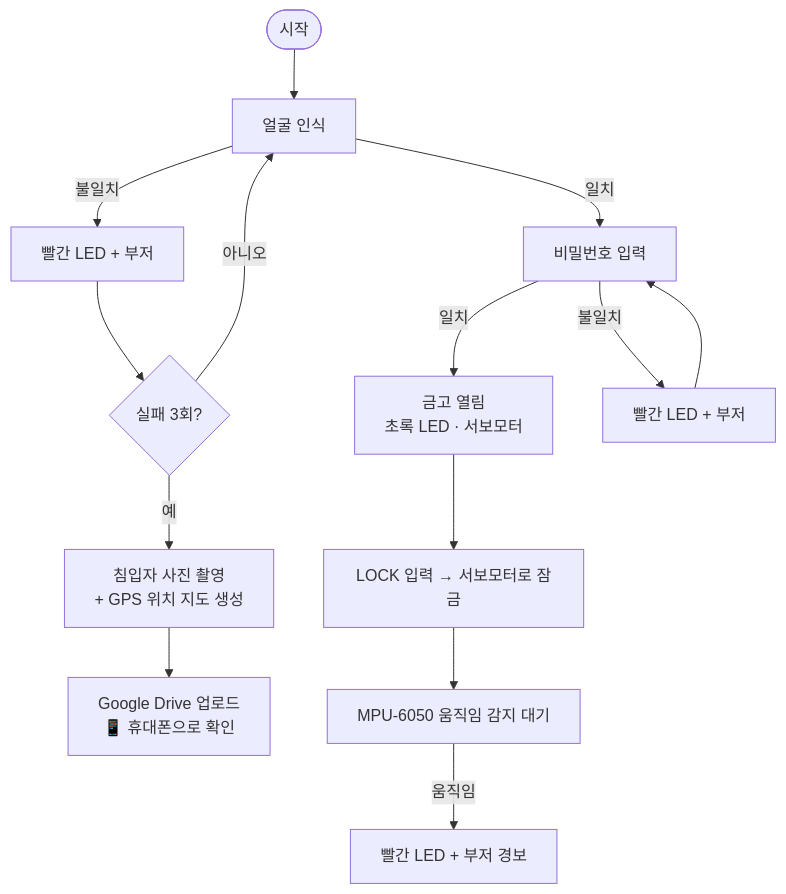
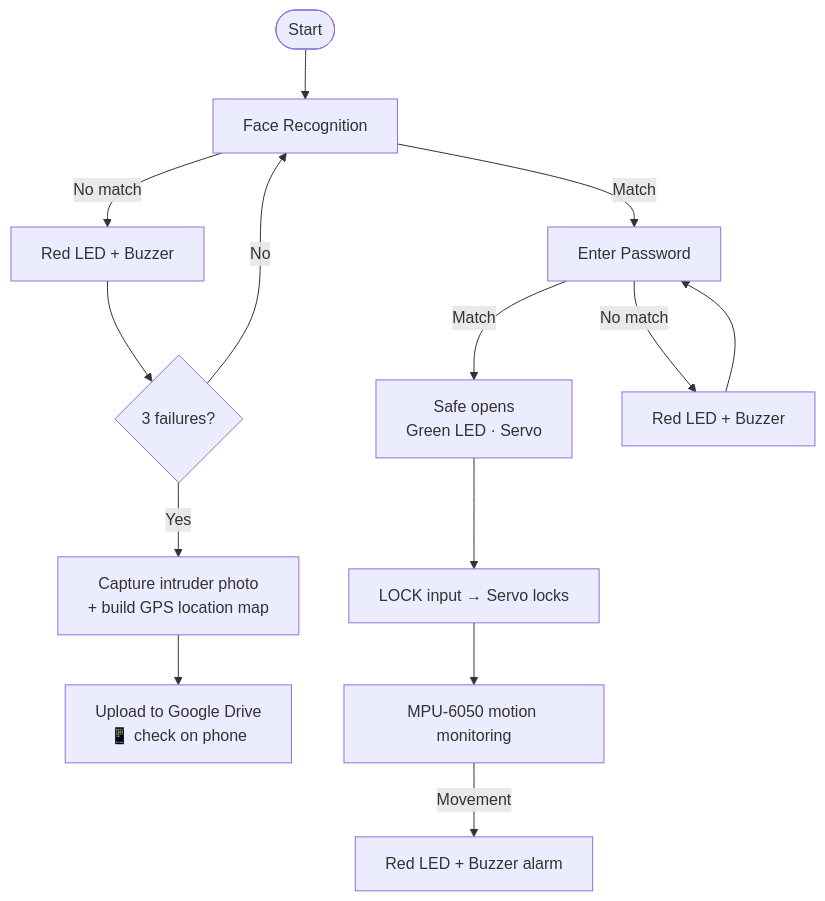
One commit to leo6930/leo6930 changed the second of 2 diagrams in projects/2025/Face Recognition 2FA Smart Safe/README.md. Above: the diagram before and after it, drawn with Mermaid. The commit also changed other lines of this file, not shown here.

Commit message:
Rewrite smart safe README in English to match other project READMEs

````diff
--- a/projects/2025/Face Recognition 2FA Smart Safe/README.md
+++ b/projects/2025/Face Recognition 2FA Smart Safe/README.md
@@ -69,15 +59,15 @@
 ```mermaid
 flowchart TD
-    S([시작]) --> F[얼굴 인식]
-    F -->|일치| P[비밀번호 입력]
-    F -->|불일치| R1[빨간 LED + 부저]
-    R1 --> C{실패 3회?}
-    C -->|아니오| F
-    C -->|예| INV[침입자 사진 촬영<br/>+ GPS 위치 지도 생성]
-    INV --> UP[Google Drive 업로드<br/>📱 휴대폰으로 확인]
-    P -->|일치| O[금고 열림<br/>초록 LED · 서보모터]
-    P -->|불일치| R2[빨간 LED + 부저] --> P
-    O --> L[LOCK 입력 → 서보모터로 잠금]
-    L --> M[MPU-6050 움직임 감지 대기]
-    M -->|움직임| A[빨간 LED + 부저 경보]
+    S([Start]) --> F[Face Recognition]
+    F -->|Match| P[Enter Password]
+    F -->|No match| R1[Red LED + Buzzer]
+    R1 --> C{3 failures?}
+    C -->|No| F
+    C -->|Yes| INV[Capture intruder photo<br/>+ build GPS location map]
+    INV --> UP[Upload to Google Drive<br/>📱 check on phone]
+    P -->|Match| O[Safe opens<br/>Green LED · Servo]
+    P -->|No match| R2[Red LED + Buzzer] --> P
+    O --> L[LOCK input → Servo locks]
+    L --> M[MPU-6050 motion monitoring]
+    M -->|Movement| A[Red LED + Buzzer alarm]
 ```
````
